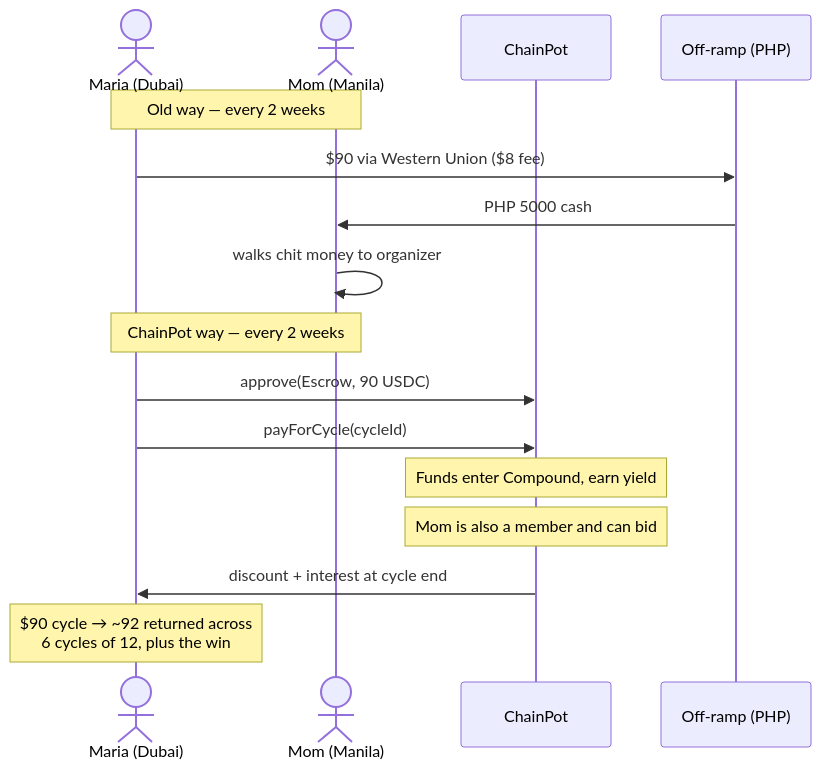
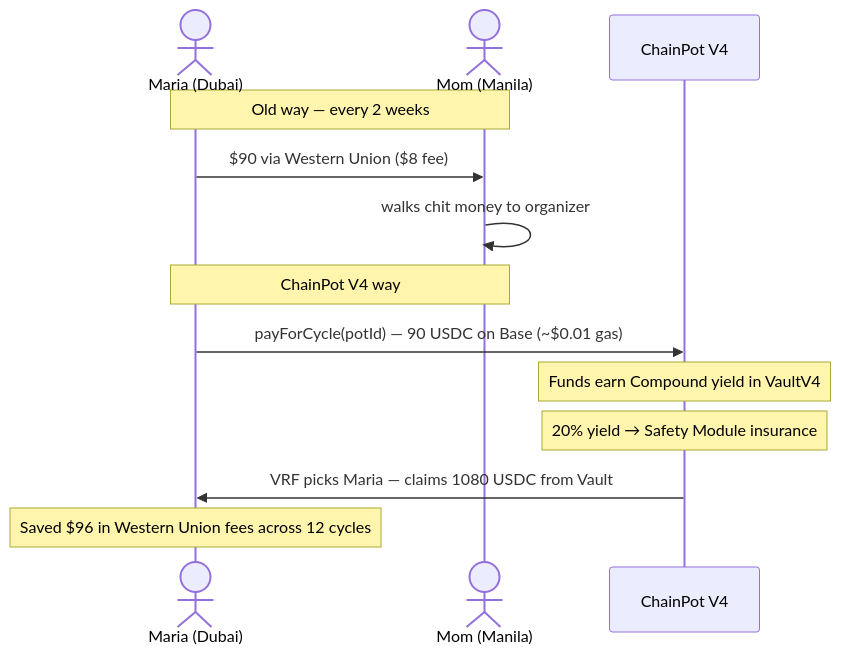
The fourth of 6 diagrams in userpersona.md (Web3Spell/chainpot), drawn with Mermaid before and after one commit. The commit also changed other lines of this file and 1 other file, not shown here.

````diff
--- a/userpersona.md
+++ b/userpersona.md
@@ -127,20 +146,17 @@
 ```mermaid
 sequenceDiagram
     actor M as Maria (Dubai)
     actor Mom as Mom (Manila)
-    participant CP as ChainPot
-    participant OR as Off-ramp (PHP)
+    participant CP as ChainPot V4
 
     Note over M,Mom: Old way — every 2 weeks
-    M->>OR: $90 via Western Union ($8 fee)
-    OR->>Mom: PHP 5000 cash
+    M->>Mom: $90 via Western Union ($8 fee)
     Mom->>Mom: walks chit money to organizer
 
-    Note over M,Mom: ChainPot way — every 2 weeks
-    M->>CP: approve(Escrow, 90 USDC)
-    M->>CP: payForCycle(cycleId)
-    Note over CP: Funds enter Compound, earn yield
-    Note over CP: Mom is also a member and can bid
-    CP->>M: discount + interest at cycle end
-    Note over M: $90 cycle → ~92 returned across<br/>6 cycles of 12, plus the win
+    Note over M,Mom: ChainPot V4 way
+    M->>CP: payForCycle(potId) — 90 USDC on Base (~$0.01 gas)
+    Note over CP: Funds earn Compound yield in VaultV4
+    Note over CP: 20% yield → Safety Module insurance
+    CP->>M: VRF picks Maria — claims 1080 USDC from Vault
+    Note over M: Saved $96 in Western Union fees across 12 cycles
 ```
````
